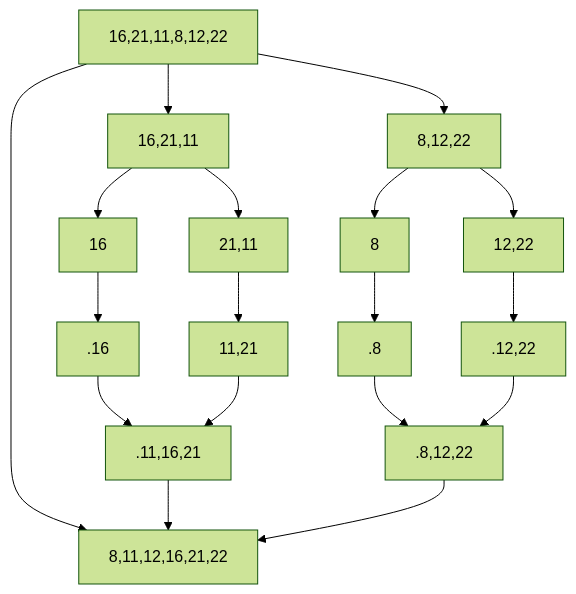
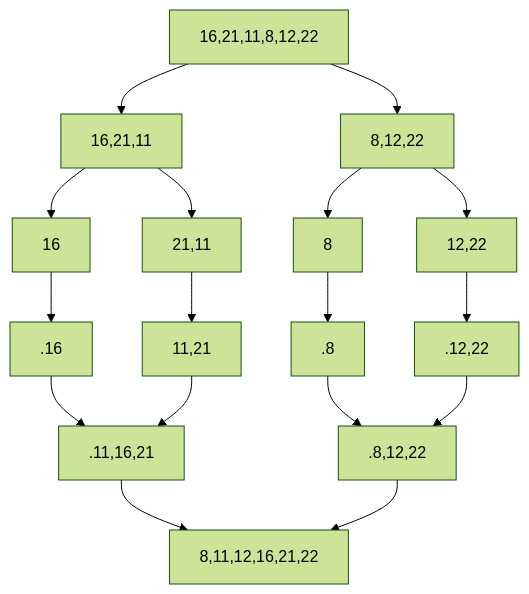
Before and after one commit to demirkolorg/Merge-Sort: the diagram in README.md, drawn with Mermaid (forest theme).

````diff
--- a/README.md
+++ b/README.md
@@ -15,28 +15,27 @@
 ```mermaid
   graph TD;
       16,21,11,8,12,22-->8,12,22;
       16,21,11,8,12,22-->16,21,11;
 
-      16,21,11,8,12,22-->8,11,12,16,21,22;
-      
+
       8,12,22-->8;
       8,12,22-->12,22;
 
       16,21,11-->16;
       16,21,11-->21,11;
       
       21,11-->11,21;
       16-->.16;
       8-->.8;
       12,22-->.12,22;
       .8-->.8,12,22;
       .12,22-->.8,12,22;
       .16-->.11,16,21;
        11,21-->.11,16,21;
       .11,16,21-->8,11,12,16,21,22;
       .8,12,22-->8,11,12,16,21,22;
       
 
 
     
 ```
````
